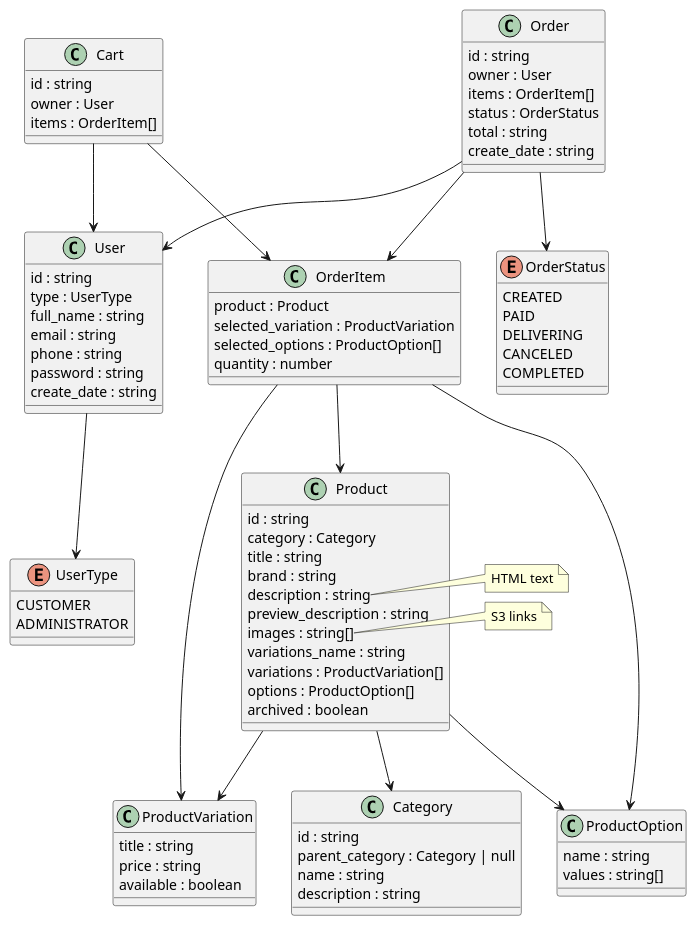
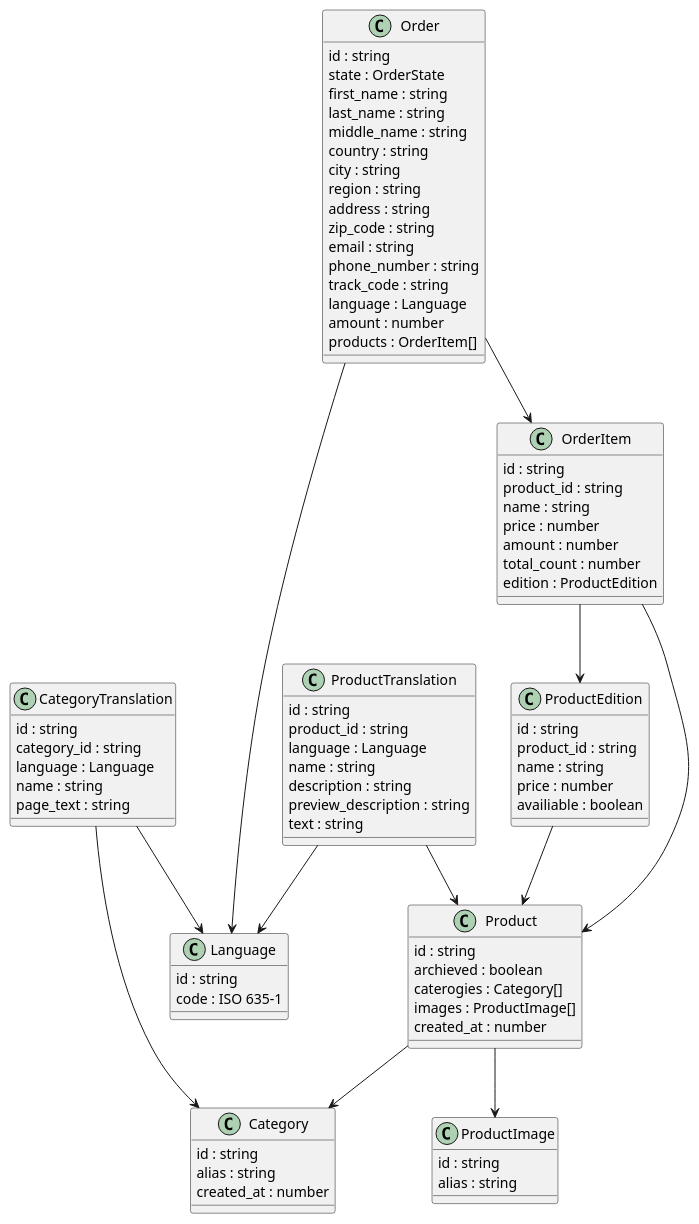
The diagram in docs/models.puml (async-devil/coffee-e-shop), drawn with PlantUML before and after one commit.

Commit message:
feat: update models uml

```diff
--- a/docs/models.puml
+++ b/docs/models.puml
@@ -1,135 +1,93 @@
 @startuml models
 
-
-/' User '/
-
-
-class User {
+class Language {
   id : string
-  type : UserType
-  full_name : string
-  email : string
-  phone : string
-  password : string
-  create_date : string
+  code : ISO 635-1
 }
-
-enum UserType {
-  CUSTOMER
-  ADMINISTRATOR
-}
-
-
-User --> UserType
-
-
-/' Product '/
-
 
 class Product {
   id : string
-  category : Category
-  title : string
-  brand : string
+  archieved : boolean
+  caterogies : Category[]
+  images : ProductImage[]
+  created_at : number
+}
+Product --> Category
+Product --> ProductImage
+
+class ProductTranslation {
+  id : string
+  product_id : string
+  language : Language
+  name : string
   description : string
   preview_description : string
-  images : string[]
-  variations_name : string
-  variations : ProductVariation[]
-  options : ProductOption[]
-  archived : boolean
+  text : string
 }
+ProductTranslation --> Product
+ProductTranslation --> Language
 
-note right of Product::description
-  HTML text
-end note
-note right of Product::images
-  S3 links
-end note
+class ProductEdition {
+  id : string
+  product_id : string
+  name : string
+  price : number
+  availiable : boolean
+}
+ProductEdition --> Product
 
-
-class ProductVariation {
-  title : string
-  price : string
-  available : boolean
+class ProductImage {
+  id : string
+  alias : string
 }
-
-class ProductOption {
-  name : string
-  values : string[]
-}
-
-
-Product --> ProductVariation
-Product --> ProductOption
-Product --> Category
-
-
-/' Category '/
-
 
 class Category {
   id : string
-  parent_category : Category | null
-  name : string
-  description : string
+  alias : string
+  created_at : number
 }
 
-
-/' Order '/
-
+class CategoryTranslation {
+  id : string
+  category_id : string
+  language : Language
+  name : string
+  page_text : string
+}
+CategoryTranslation --> Category
+CategoryTranslation --> Language
 
 class Order {
   id : string
-  owner : User
-  items : OrderItem[]
-  status : OrderStatus
-  total : string
-  create_date : string
+  state : OrderState
+  first_name : string
+  last_name : string
+  middle_name : string
+  country : string
+  city : string
+  region : string
+  address : string
+  zip_code : string
+  email : string
+  phone_number : string
+  track_code : string
+  language : Language
+  amount : number
+  products : OrderItem[]
 }
-
-enum OrderStatus {
-  CREATED
-  PAID
-  DELIVERING
-  CANCELED
-  COMPLETED
-}
-
+Order --> Language
+Order --> OrderItem
 
 class OrderItem {
-  product : Product
-  selected_variation : ProductVariation
-  selected_options : ProductOption[]
-  quantity : number
+  id : string
+  product_id : string
+  name : string
+  price : number
+  amount : number
+  total_count : number
+  edition : ProductEdition
 }
-
-
-Order --> User
-Order --> OrderItem
-Order --> OrderStatus
-
 OrderItem --> Product
-OrderItem --> ProductVariation
-OrderItem --> ProductOption
-
-
-/' Cart '/
-
-
-class Cart {
-  id : string
-  owner : User
-  items : OrderItem[]
-}
-
-note right of Cart::owner_id
-  Handled only for registered users.
-  If not, client side only
-end note
-
-
-Cart --> User
-Cart --> OrderItem
+OrderItem --> ProductEdition
 
 @enduml
```
